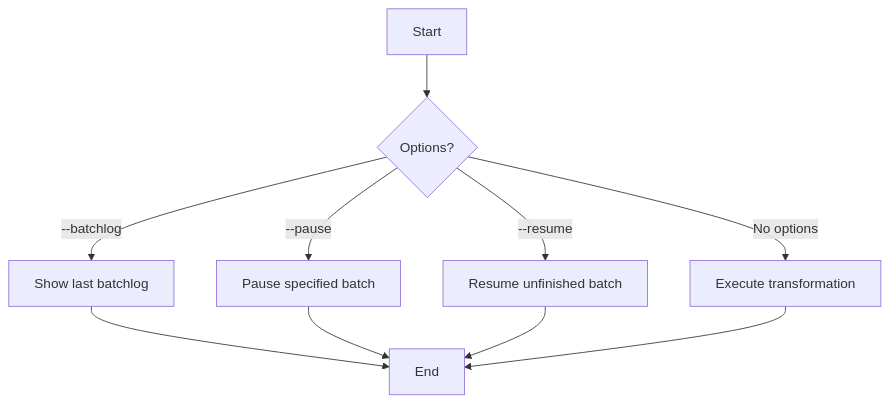
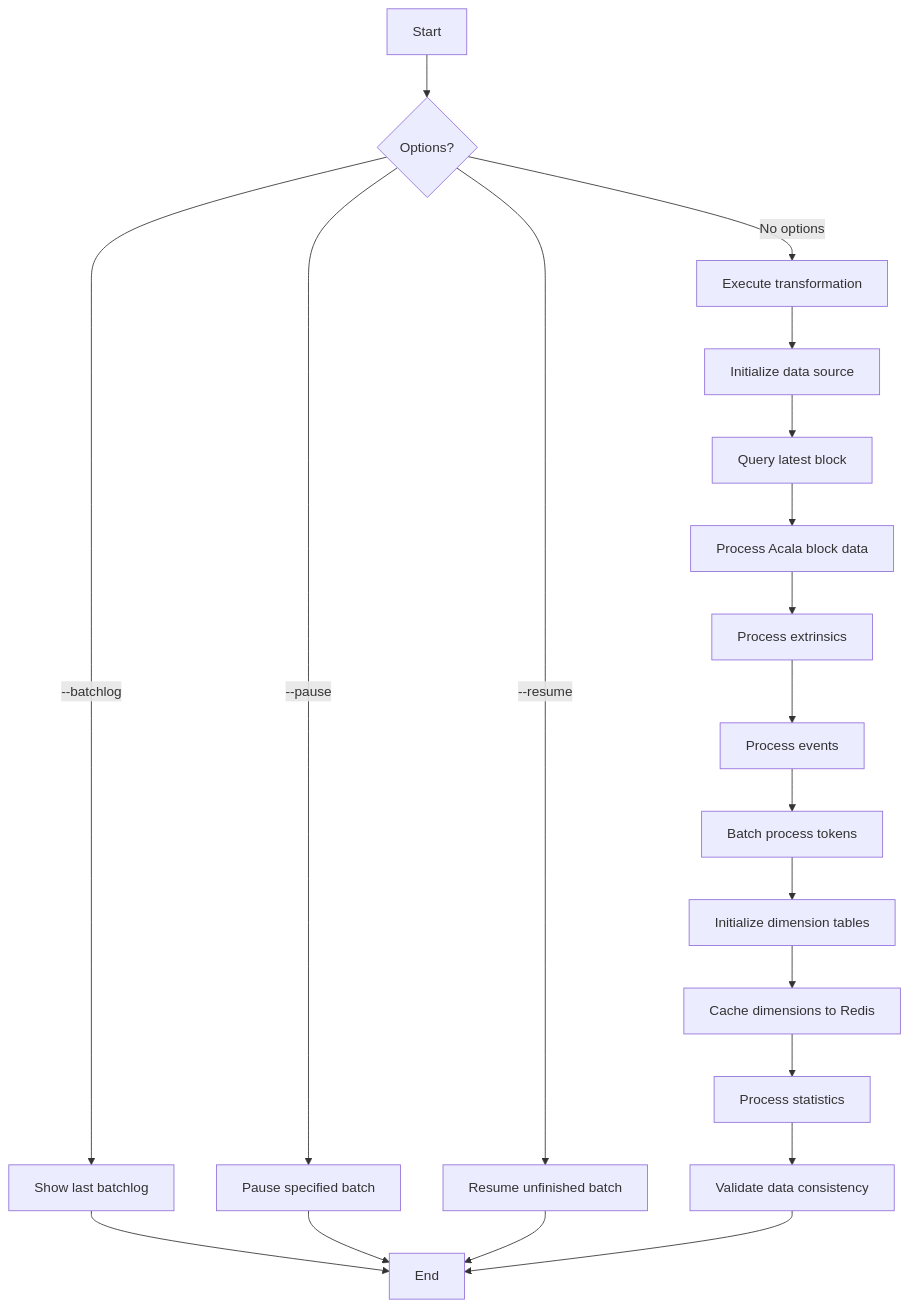
Before and after one commit to Query-Web3/queryweb3-extractor: the diagram in doc/en/transform_command.md, drawn with Mermaid. The commit also changed other lines of this file and 1 other file, not shown here.

Commit message:
doc: transform command flow chart

````diff
--- a/doc/en/transform_command.md
+++ b/doc/en/transform_command.md
@@ -10,12 +10,22 @@
 ```mermaid
 graph TD
     A[Start] --> B{Options?}
     B -->|--batchlog| C[Show last batchlog]
     B -->|--pause| D[Pause specified batch]
     B -->|--resume| E[Resume unfinished batch]
     B -->|No options| F[Execute transformation]
     C --> G[End]
     D --> G
     E --> G
-    F --> G
+    F --> H[Initialize data source]
+    H --> I[Query latest block]
+    I --> J[Process Acala block data]
+    J --> K[Process extrinsics]
+    K --> L[Process events]
+    L --> M[Batch process tokens]
+    M --> N[Initialize dimension tables]
+    N --> O[Cache dimensions to Redis]
+    O --> P[Process statistics]
+    P --> Q[Validate data consistency]
+    Q --> G
 ```
````
